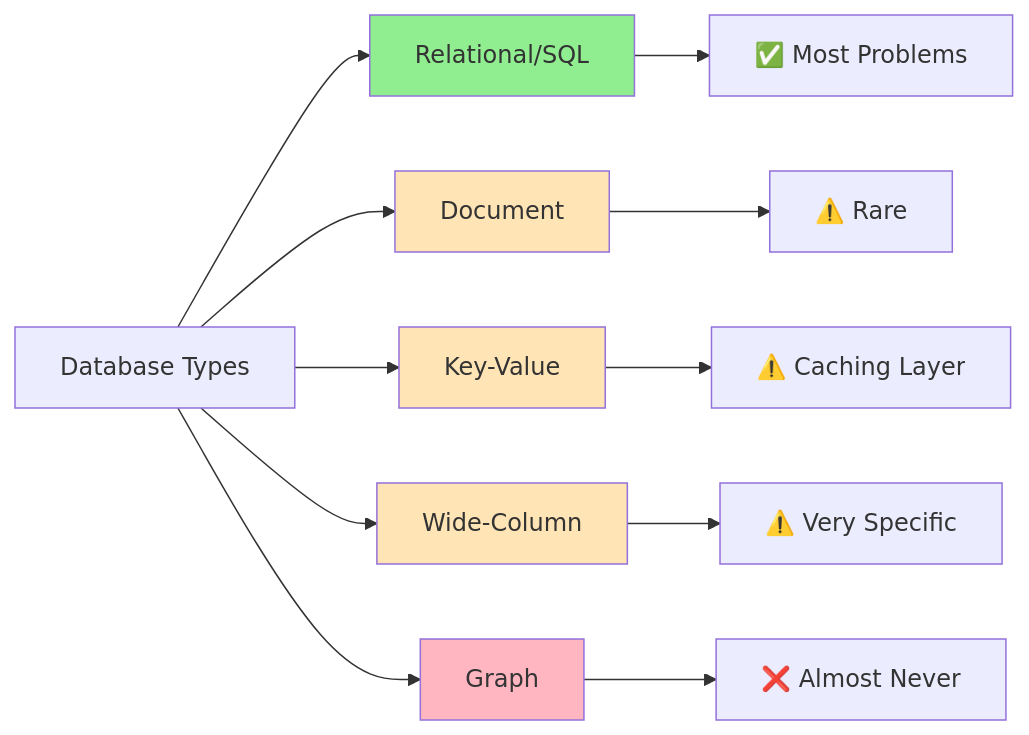
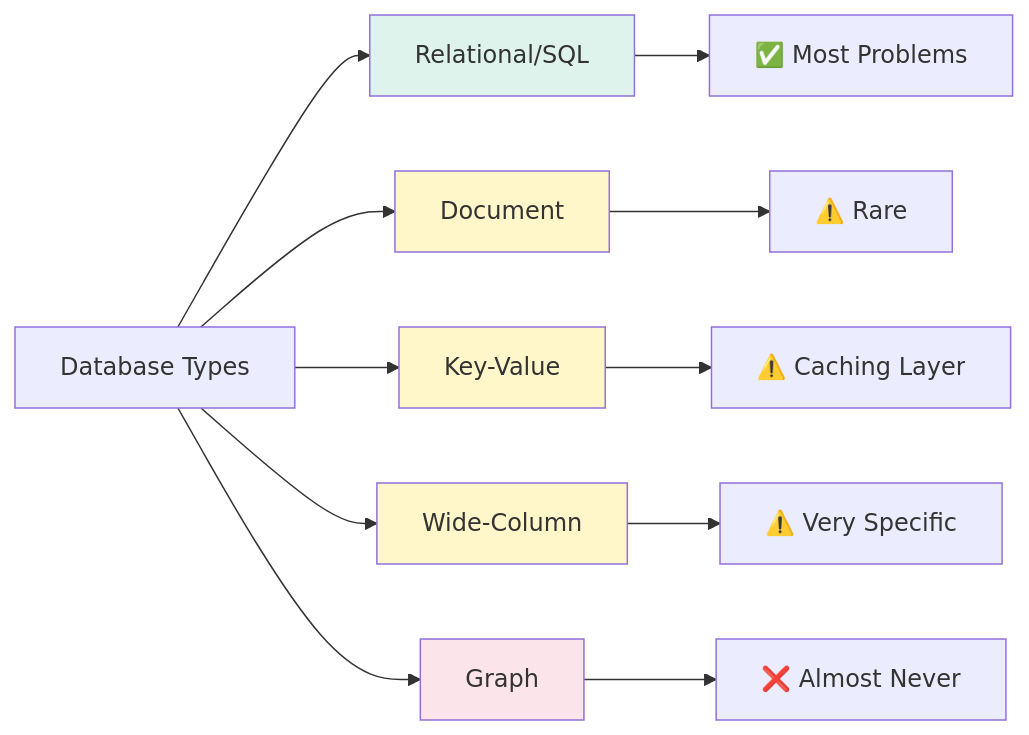
One commit to cartmancodes/InterviewVault changed the second of 27 diagrams in LLD/CoreConcepts/DataModelling.md. Above: the diagram before and after it, drawn with Mermaid. The commit also changed other lines of this file and 679 other files, not shown here.

Commit message:
Unify content diagrams and add accessible visual walkthroughs

````diff
--- a/LLD/CoreConcepts/DataModelling.md
+++ b/LLD/CoreConcepts/DataModelling.md
@@ -72,22 +72,22 @@
 ```mermaid
 graph LR
     DB[Database Types]
     
     DB --> SQL[Relational/SQL]
     DB --> DOC[Document]
     DB --> KV[Key-Value]
     DB --> WC[Wide-Column]
     DB --> GRAPH[Graph]
     
     SQL --> REC1[✅ Most Problems]
     DOC --> REC2[⚠️ Rare]
     KV --> REC3[⚠️ Caching Layer]
     WC --> REC4[⚠️ Very Specific]
     GRAPH --> REC5[❌ Almost Never]
     
-    style SQL fill:#90EE90
-    style DOC fill:#FFE4B5
-    style KV fill:#FFE4B5
-    style WC fill:#FFE4B5
-    style GRAPH fill:#FFB6C1
+    style SQL fill:#DDF3EC
+    style DOC fill:#FFF6C9
+    style KV fill:#FFF6C9
+    style WC fill:#FFF6C9
+    style GRAPH fill:#FCE5EA
 ```
````
